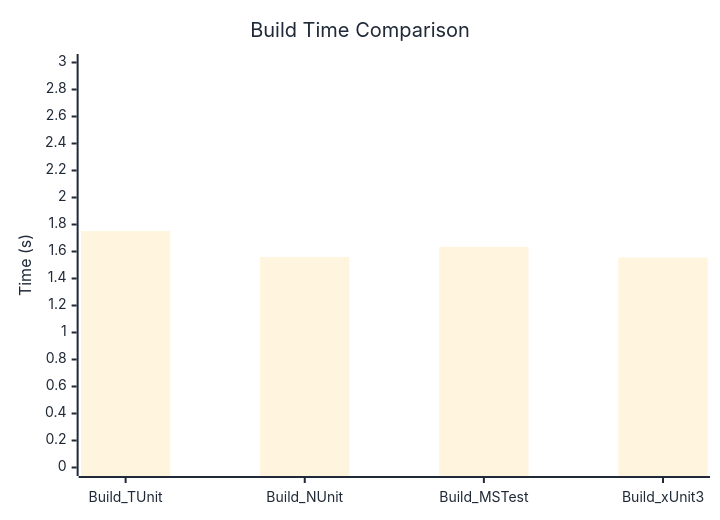
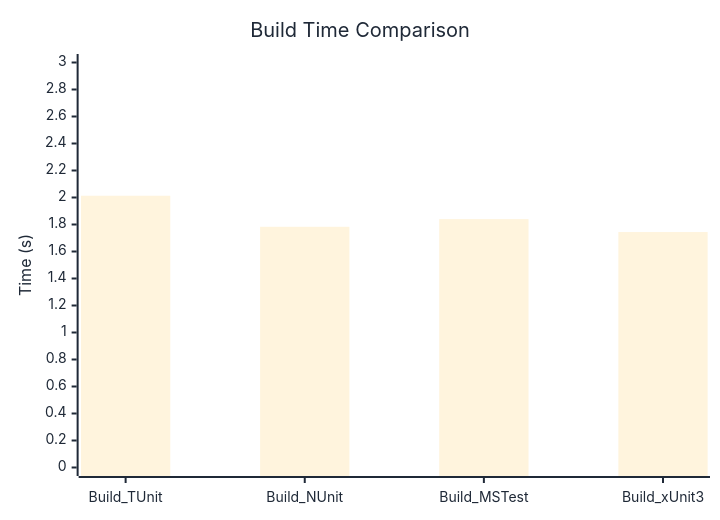
Before and after one commit to thomhurst/TUnit: the diagram in docs/docs/benchmarks/BuildTime.md, drawn with Mermaid. The commit also changed other lines of this file and 17 other files, not shown here.

````diff
--- a/docs/docs/benchmarks/BuildTime.md
+++ b/docs/docs/benchmarks/BuildTime.md
@@ -28,37 +28,37 @@
 ```mermaid
 %%{init: {
   'theme':'base',
   'themeVariables': {
     'primaryColor': '#2563eb',
     'primaryTextColor': '#1f2937',
     'primaryBorderColor': '#1e40af',
     'lineColor': '#6b7280',
     'secondaryColor': '#7c3aed',
     'tertiaryColor': '#dc2626',
     'background': '#ffffff',
     'mainBkg': '#2563eb',
     'secondBkg': '#7c3aed',
     'tertiaryBkg': '#dc2626',
     'clusterBkg': '#f3f4f6',
     'edgeLabelBackground': '#ffffff',
     'tertiaryTextColor': '#1f2937',
     'pie1': '#2563eb',
     'pie2': '#7c3aed',
     'pie3': '#dc2626',
     'pie4': '#f59e0b',
     'pie5': '#10b981',
     'pie6': '#06b6d4',
     'pie7': '#ec4899',
     'pie8': '#6366f1',
     'pie9': '#84cc16',
     'pie10': '#f97316',
     'pie11': '#14b8a6',
     'pie12': '#a855f7'
   }
 }}%%
 xychart-beta
   title "Build Time Comparison"
   x-axis ["Build_TUnit", "Build_NUnit", "Build_MSTest", "Build_xUnit3"]
   y-axis "Time (s)" 0 --> 3
-  bar [1.752, 1.56, 1.635, 1.555]
+  bar [2.013, 1.783, 1.84, 1.744]
 ```
````
